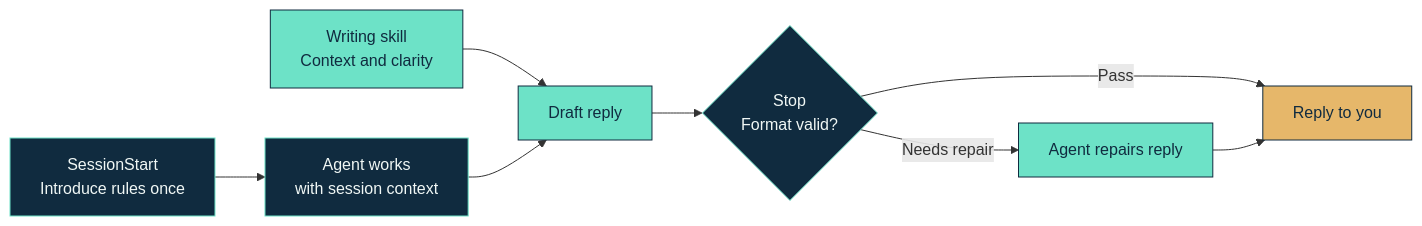
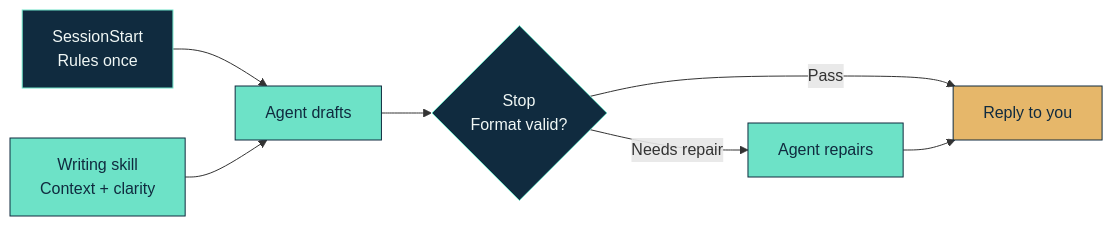
Before and after one commit to Castrozan/.dotfiles: the diagram in agent-harness/agent-instructions/wellput-plugin/assets/README.md, drawn with Mermaid.

Commit message:
docs(wellput): keep hook diagram readable at README width
Agent-Machine: chise
Agent-Resume: codex resume 01a14c69-c86d-7852-a3d6-436312ba836e

````diff
--- a/agent-harness/agent-instructions/wellput-plugin/assets/README.md
+++ b/agent-harness/agent-instructions/wellput-plugin/assets/README.md
@@ -57,17 +57,16 @@
 ```mermaid
 flowchart LR
-    start["SessionStart<br/>Introduce rules once"] --> work["Agent works<br/>with session context"]
-    skill["Writing skill<br/>Context and clarity"] --> draft["Draft reply"]
-    work --> draft
+    start["SessionStart<br/>Rules once"] --> draft["Agent drafts"]
+    skill["Writing skill<br/>Context + clarity"] --> draft
     draft --> check{"Stop<br/>Format valid?"}
     check -->|Pass| reader["Reply to you"]
-    check -->|Needs repair| repair["Agent repairs reply"]
+    check -->|Needs repair| repair["Agent repairs"]
     repair --> reader
 
     classDef hook fill:#102b3f,color:#f0f7f5,stroke:#6de2c7
     classDef writing fill:#6de2c7,color:#102b3f,stroke:#102b3f
     classDef handoff fill:#e6b76a,color:#102b3f,stroke:#102b3f
-    class start,work,check hook
+    class start,check hook
     class skill,draft,repair writing
     class reader handoff
 ```
````
